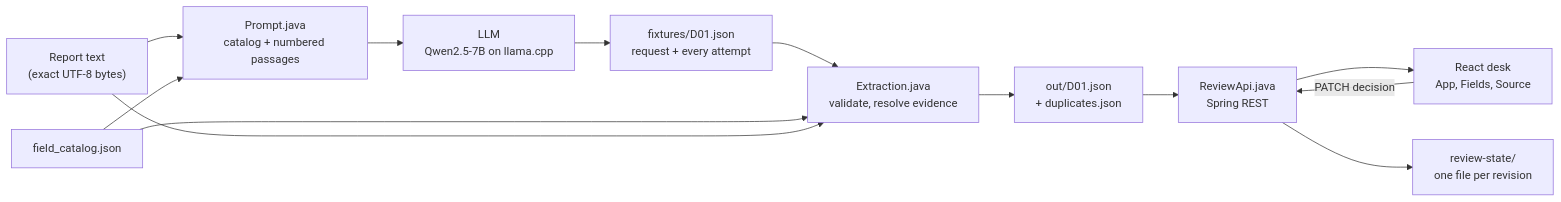
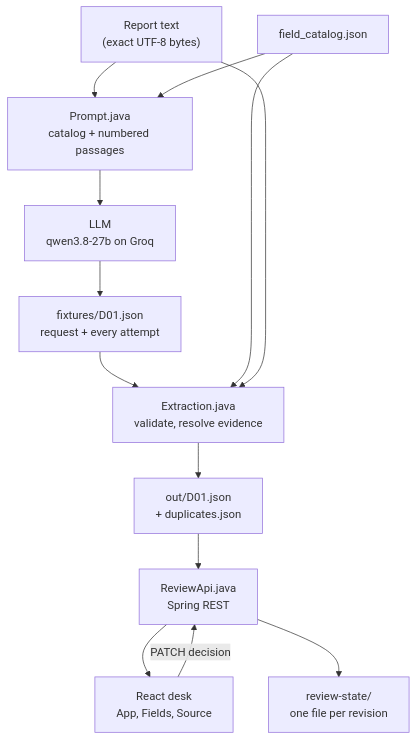
The second of 4 diagrams in src/Data/projectsDocs/TGX-01.md (shubamchaudhary/CodeNITW), drawn with Mermaid before and after one commit. The commit also changed other lines of this file and 10 other files, not shown here.

````diff
--- a/src/Data/projectsDocs/TGX-01.md
+++ b/src/Data/projectsDocs/TGX-01.md
@@ -65,15 +67,15 @@
 ```mermaid
-flowchart LR
+flowchart TD
     S["Report text<br/>(exact UTF-8 bytes)"] --> P["Prompt.java<br/>catalog + numbered passages"]
     C["field_catalog.json"] --> P
-    P --> M["LLM<br/>Qwen2.5-7B on llama.cpp"]
+    P --> M["LLM<br/>qwen3.8-27b on Groq"]
     M --> F["fixtures/D01.json<br/>request + every attempt"]
     F --> X["Extraction.java<br/>validate, resolve evidence"]
     C --> X
     S --> X
     X --> O["out/D01.json<br/>+ duplicates.json"]
     O --> A["ReviewApi.java<br/>Spring REST"]
     A --> U["React desk<br/>App, Fields, Source"]
     U -->|"PATCH decision"| A
     A --> R["review-state/<br/>one file per revision"]
 ```
````
